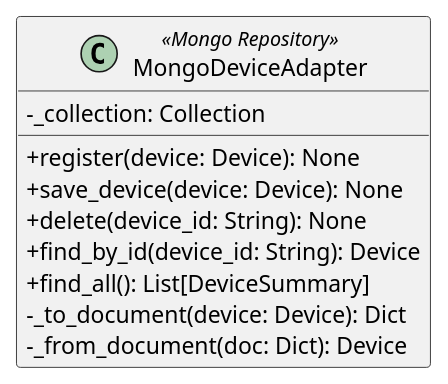
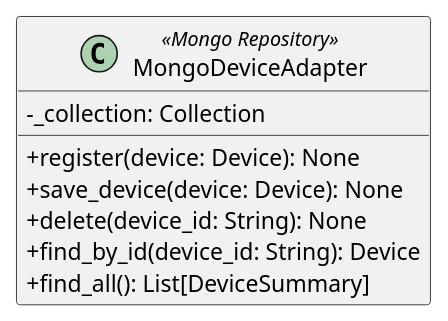
The diagram in src/PB/DocumentazioneEsterna/Specifica_Tecnica/content/05-diagrammi-classi/uml/puml/Backend/OutboundAdapters/MongoDeviceAdapter.puml (GroupRubberDuck/Documentazione), drawn with PlantUML before and after one commit. The commit also changed 70 other files, not shown here.

```diff
--- a/src/PB/DocumentazioneEsterna/Specifica_Tecnica/content/05-diagrammi-classi/uml/puml/Backend/OutboundAdapters/MongoDeviceAdapter.puml
+++ b/src/PB/DocumentazioneEsterna/Specifica_Tecnica/content/05-diagrammi-classi/uml/puml/Backend/OutboundAdapters/MongoDeviceAdapter.puml
@@ -1,15 +1,15 @@
 @startuml MongoDeviceAdapter
 skinparam classAttributeIconSize 0
 
 class MongoDeviceAdapter <<Mongo Repository>> {
     - _collection: Collection
     + register(device: Device): None
     + save_device(device: Device): None
     + delete(device_id: String): None
     + find_by_id(device_id: String): Device
     + find_all(): List[DeviceSummary]
-    - _to_document(device: Device): Dict
-    - _from_document(doc: Dict): Device
+    '- _to_document(device: Device): Dict
+    '- _from_document(doc: Dict): Device
 }
 
 @enduml
```
